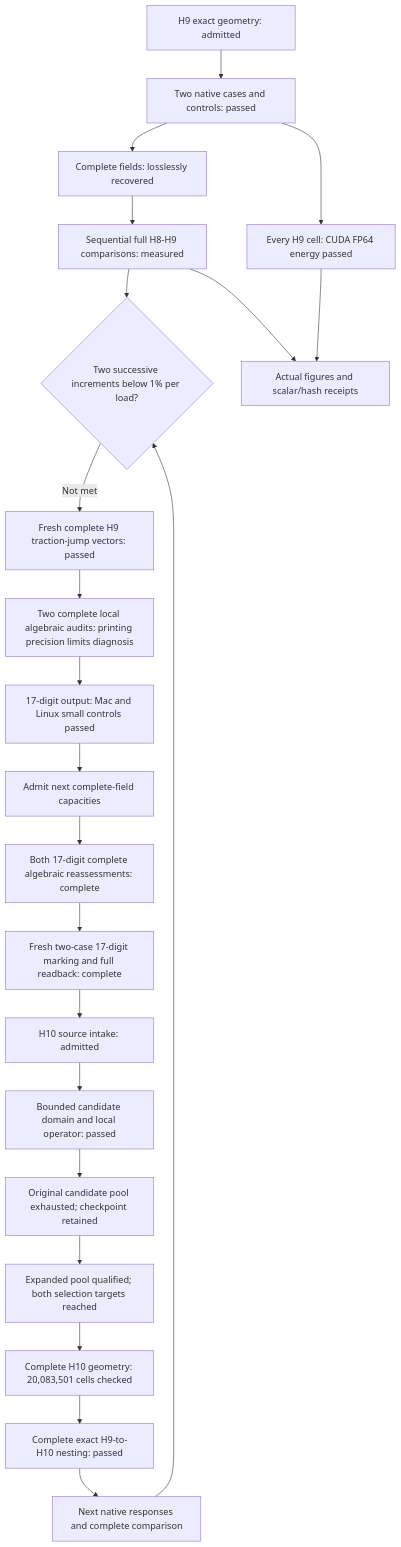
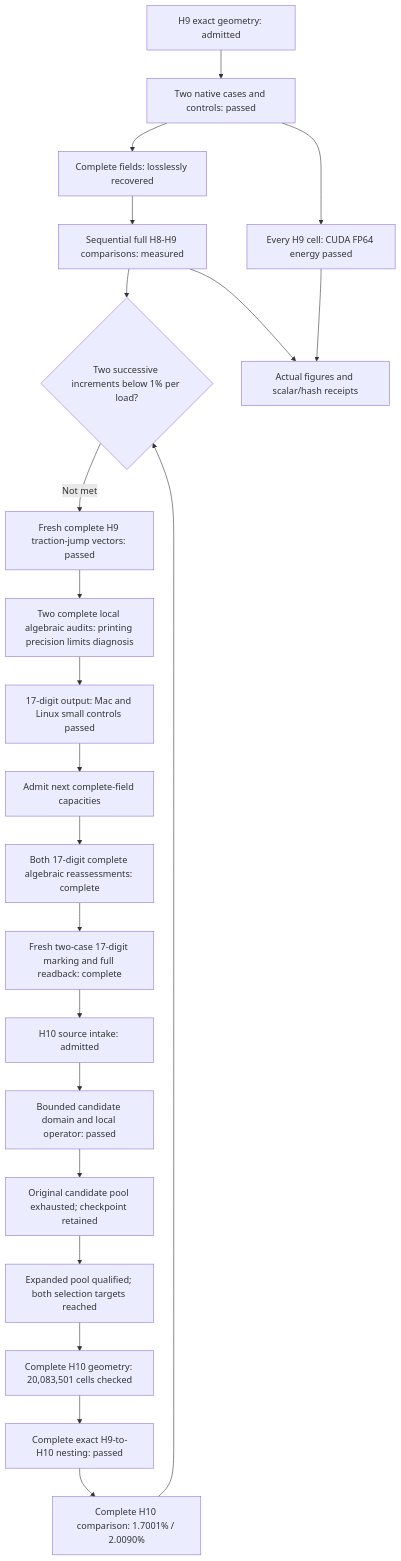
One commit to cluster2600/porscheparts changed the diagram in docs/reports/carrier-h9-native-results-20261107.md. Above: the diagram before and after it, drawn with Mermaid. The commit also changed other lines of this file and 15 other files, not shown here.

````diff
--- a/docs/reports/carrier-h9-native-results-20261107.md
+++ b/docs/reports/carrier-h9-native-results-20261107.md
@@ -594,24 +596,24 @@
 ```mermaid
 flowchart TD
     G["H9 exact geometry: admitted"] --> N["Two native cases and controls: passed"]
     N --> R["Complete fields: losslessly recovered"]
     N --> GPU["Every H9 cell: CUDA FP64 energy passed"]
     R --> C["Sequential full H8-H9 comparisons: measured"]
     C --> S{"Two successive increments below 1% per load?"}
     S -->|"Not met"| M["Fresh complete H9 traction-jump vectors: passed"]
     M --> LOCAL["Two complete local algebraic audits: printing precision limits diagnosis"]
     LOCAL --> PRECISION["17-digit output: Mac and Linux small controls passed"]
     PRECISION --> CAP["Admit next complete-field capacities"]
     CAP --> REPLAY["Both 17-digit complete algebraic reassessments: complete"]
     REPLAY --> MARK["Fresh two-case 17-digit marking and full readback: complete"]
     MARK --> INTAKE["H10 source intake: admitted"]
     INTAKE --> QUAL["Bounded candidate domain and local operator: passed"]
     QUAL --> SELECT["Original candidate pool exhausted; checkpoint retained"]
     SELECT --> DOMAIN["Expanded pool qualified; both selection targets reached"]
     DOMAIN --> V["Complete H10 geometry: 20,083,501 cells checked"]
     V --> MAP["Complete exact H9-to-H10 nesting: passed"]
-    MAP --> NEXT["Next native responses and complete comparison"]
+    MAP --> NEXT["Complete H10 comparison: 1.7001% / 2.0090%"]
     NEXT --> S
     C --> FIG["Actual figures and scalar/hash receipts"]
     GPU --> FIG
 ```
````
